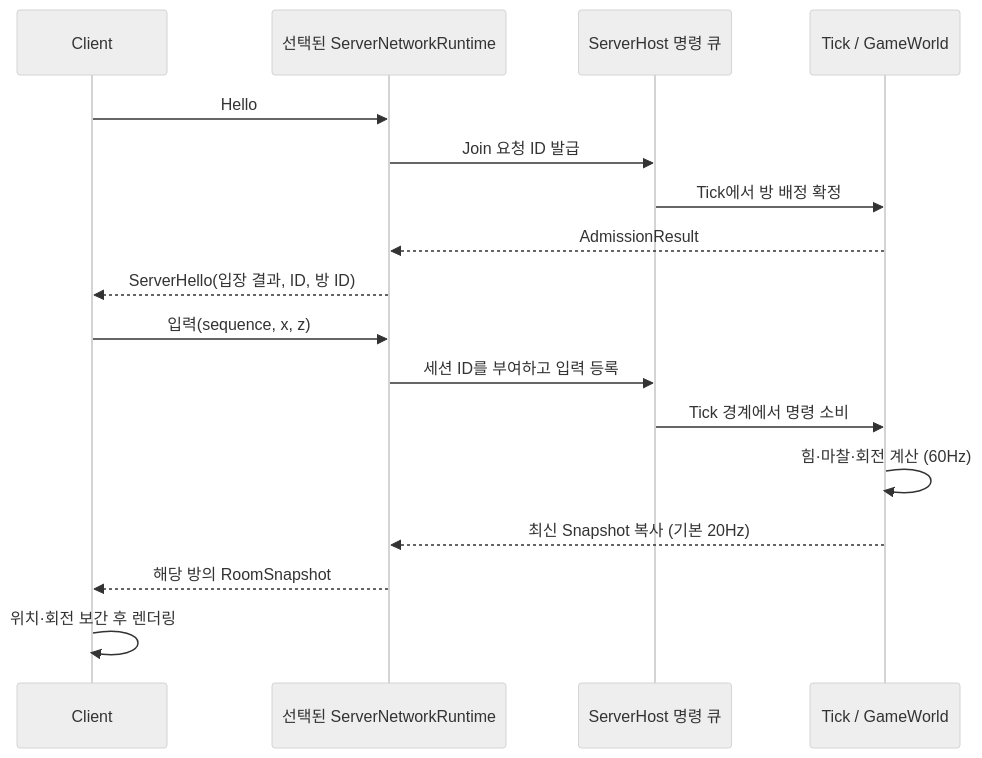
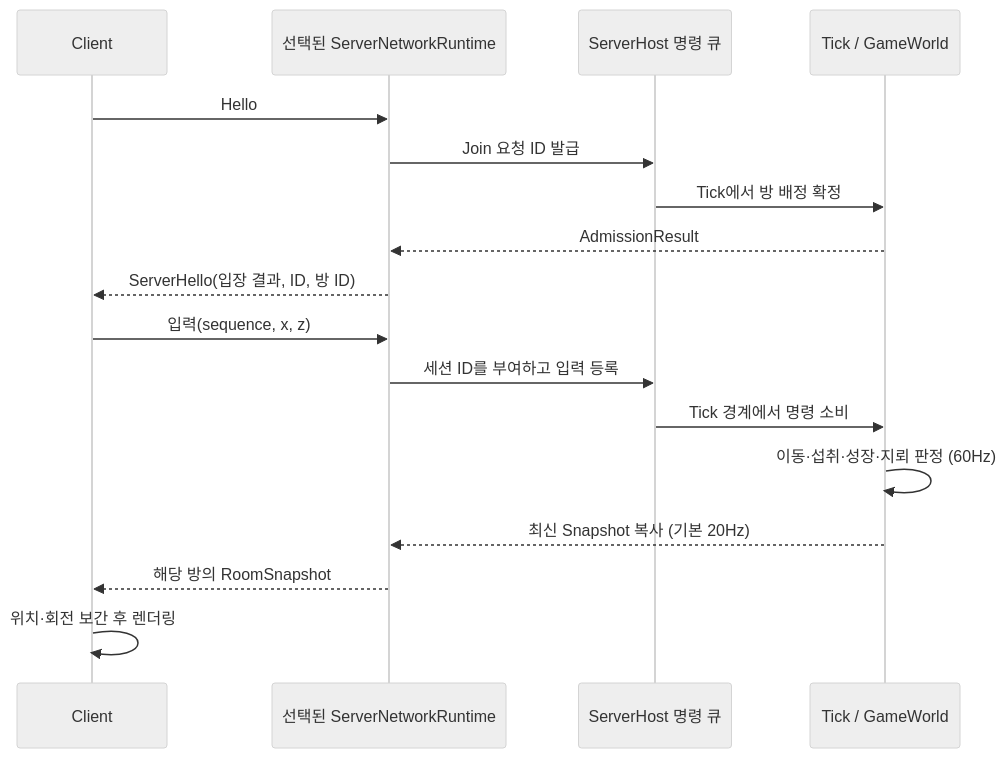
Before and after one commit to BaeJiwoo/MoongTangE: the second of 3 diagrams in docs/SERVER_ARCHITECTURE.md, drawn with Mermaid (neutral theme). The commit also changed other lines of this file and 35 other files, not shown here.

````diff
--- a/docs/SERVER_ARCHITECTURE.md
+++ b/docs/SERVER_ARCHITECTURE.md
@@ -82,19 +82,19 @@
 ```mermaid
 sequenceDiagram
     participant Client as Client
     participant Net as 선택된 ServerNetworkRuntime
     participant Queue as ServerHost 명령 큐
     participant World as Tick / GameWorld
     Client->>Net: Hello
     Net->>Queue: Join 요청 ID 발급
     Queue->>World: Tick에서 방 배정 확정
     World-->>Net: AdmissionResult
     Net-->>Client: ServerHello(입장 결과, ID, 방 ID)
     Client->>Net: 입력(sequence, x, z)
     Net->>Queue: 세션 ID를 부여하고 입력 등록
     Queue->>World: Tick 경계에서 명령 소비
-    World->>World: 힘·마찰·회전 계산 (60Hz)
+    World->>World: 이동·섭취·성장·지뢰 판정 (60Hz)
     World-->>Net: 최신 Snapshot 복사 (기본 20Hz)
     Net-->>Client: 해당 방의 RoomSnapshot
     Client->>Client: 위치·회전 보간 후 렌더링
 ```
````
